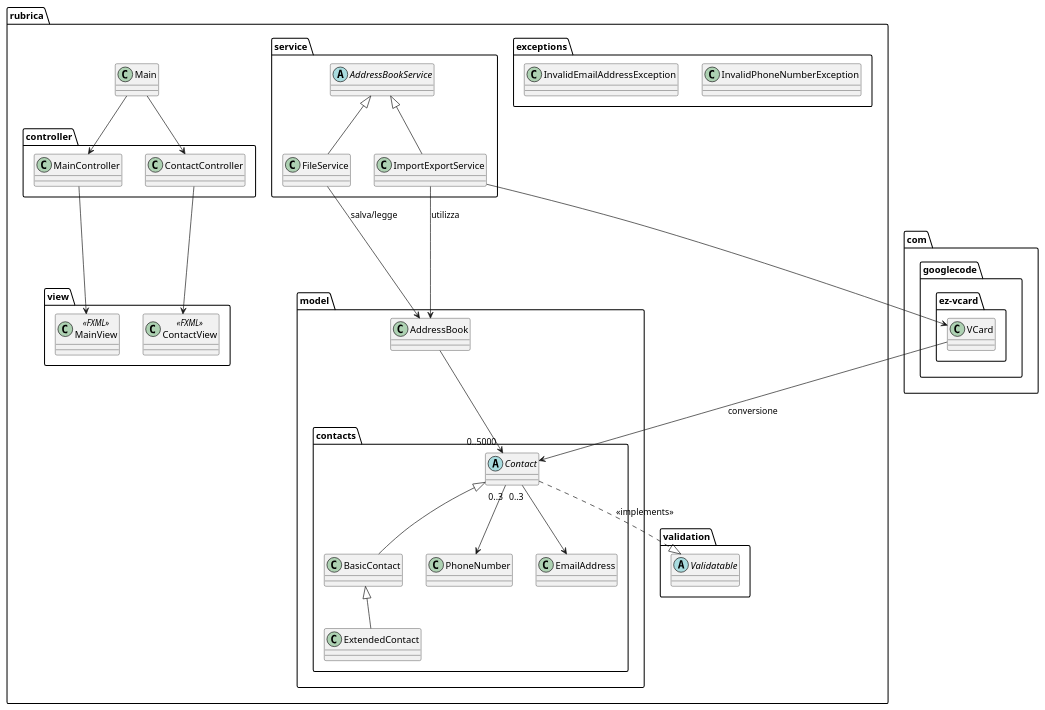
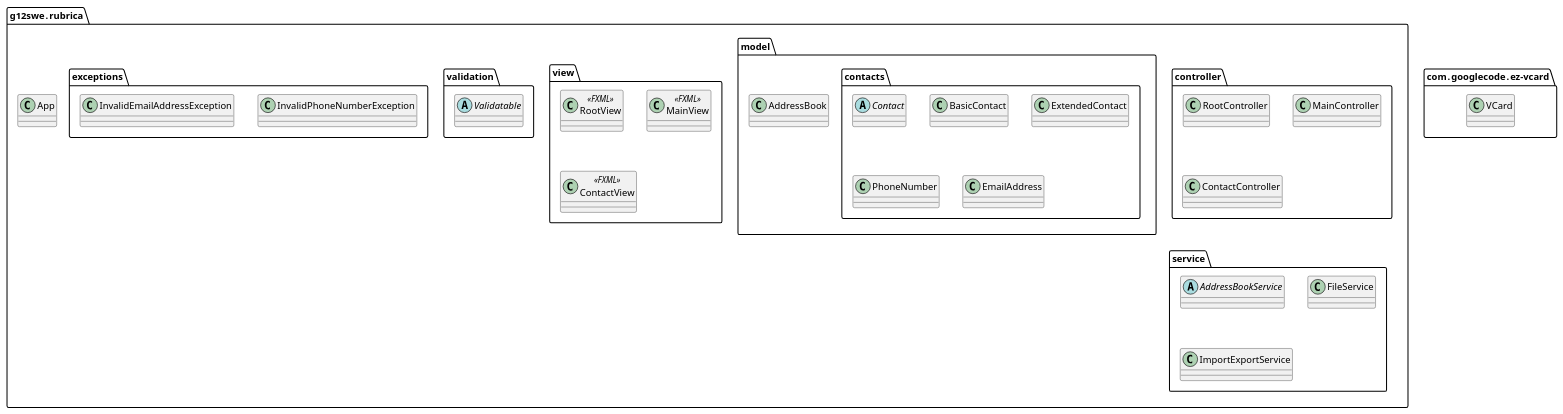
Before and after one commit to francescopeluso/SWE-Project: the diagram in docs/DiagramPackage/packageDiagram.puml, drawn with PlantUML. The commit also changed 23 other files, not shown here.

```diff
--- a/docs/DiagramPackage/packageDiagram.puml
+++ b/docs/DiagramPackage/packageDiagram.puml
@@ -1,72 +1,54 @@
 @startuml
-package "rubrica" {
+package "g12swe․rubrica" {
 
-    class Main
+    class App
 
     package "controller" {
+        class RootController
         class MainController
         class ContactController
     }
 
     package "model" {
         class AddressBook
         package "contacts" {
             abstract class Contact
             class BasicContact
             class ExtendedContact
             class PhoneNumber
             class EmailAddress
         }
     }
         
     package "view" {
+        class RootView <<FXML>>
         class MainView <<FXML>>
         class ContactView <<FXML>>
     }
 
     package "validation" {
         abstract class Validatable
     }
 
     package "exceptions" {
         class InvalidPhoneNumberException
         class InvalidEmailAddressException
     }
 
     package "service" {
         abstract class AddressBookService
         class FileService
         class ImportExportService
     }
 
   
 }
 
-package "com.googlecode.ez-vcard" {
+package "com․googlecode․ez-vcard" {
     class VCard
 }
 
-' Relazioni
-Main --> MainController
-Main --> ContactController
-MainController --> MainView
-ContactController --> ContactView
 
-AddressBook --> "0..5000" Contact
-Contact "0..3" --> PhoneNumber
-Contact "0..3" --> EmailAddress
-Contact <|-- BasicContact
-BasicContact <|-- ExtendedContact
 
-Contact ..|> Validatable : <<implements>>
-AddressBookService <|-- FileService
-AddressBookService <|-- ImportExportService
-ImportExportService --> VCard
-
-FileService --> AddressBook : salva/legge
-
-' Nuove relazioni possibili:
-ImportExportService --> AddressBook : utilizza
-VCard --> Contact : conversione
 
 @enduml
```
